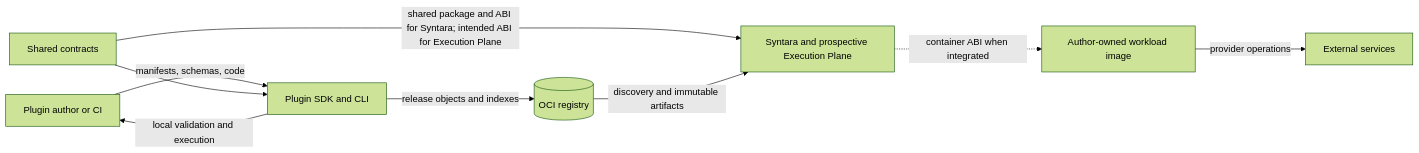
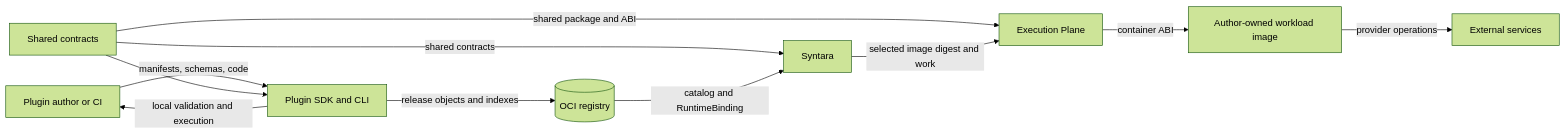
One commit to syntara-orchestration/syntara-plugin-sdk changed the first of 4 diagrams in docs/architecture/overview.md. Above: the diagram before and after it, drawn with Mermaid (forest theme). The commit also changed other lines of this file, not shown here.

Commit message:
docs: refresh architecture overview

````diff
--- a/docs/architecture/overview.md
+++ b/docs/architecture/overview.md
@@ -18,13 +19,15 @@
 ```mermaid
 flowchart LR
     accTitle: Plugin SDK system context
-    accDescr: An author uses the SDK to validate and package a plugin and publish release objects to a registry. Syntara consumes contracts and release objects outside this repository; Execution Plane integration is prospective.
+    accDescr: An author publishes release objects to a registry. Syntara consumes catalog and binding objects, selects an image, and dispatches it to the Execution Plane for execution.
     author[Plugin author or CI] -->|manifests, schemas, code| sdk[Plugin SDK and CLI]
     sdk -->|release objects and indexes| registry[(OCI registry)]
     sdk -->|local validation and execution| author
     contracts[Shared contracts] --> sdk
-    contracts -->|shared package and ABI for Syntara; intended ABI for Execution Plane| platform[Syntara and prospective Execution Plane]
-    registry -->|discovery and immutable artifacts| platform
-    platform -.->|container ABI when integrated| workload[Author-owned workload image]
+    contracts -->|shared contracts| syntara[Syntara]
+    contracts -->|shared package and ABI| ep[Execution Plane]
+    registry -->|catalog and RuntimeBinding| syntara
+    syntara -->|selected image digest and work| ep
+    ep -->|container ABI| workload[Author-owned workload image]
     workload -->|provider operations| provider[External services]
 ```
````
